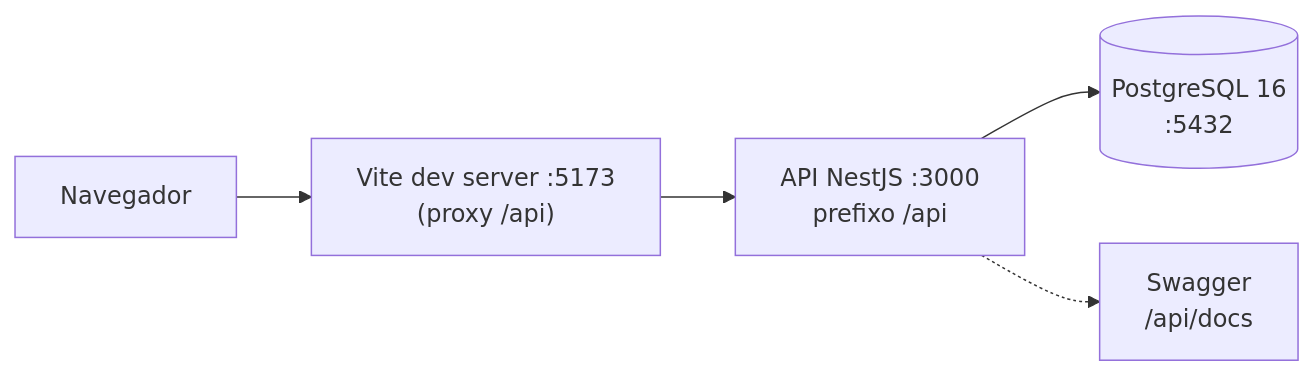
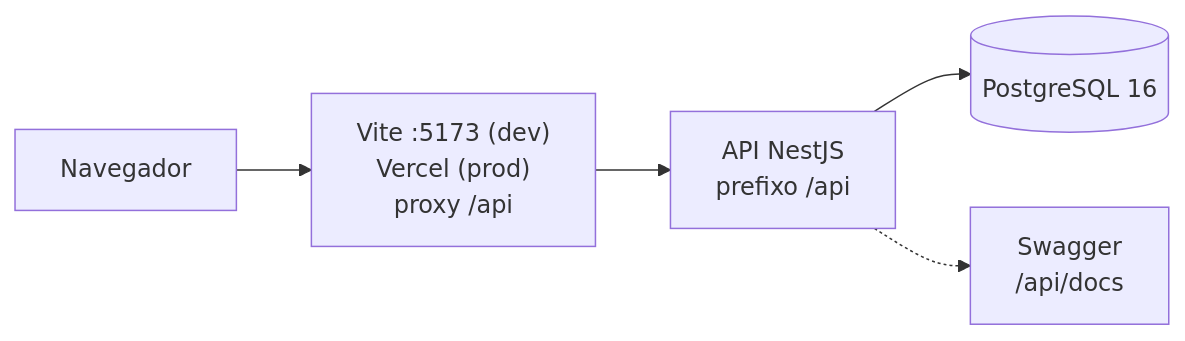
Before and after one commit to Dudu-Brancalhao/AgroHub: the diagram in README.md, drawn with Mermaid. The commit also changed other lines of this file and 7 other files, not shown here.

````diff
--- a/README.md
+++ b/README.md
@@ -78,7 +64,7 @@
 ```mermaid
 flowchart LR
-    B["Navegador"] --> V["Vite dev server :5173<br/>(proxy /api)"]
-    V --> A["API NestJS :3000<br/>prefixo /api"]
-    A --> D[("PostgreSQL 16<br/>:5432")]
+    B["Navegador"] --> V["Vite :5173 (dev)<br/>Vercel (prod)<br/>proxy /api"]
+    V --> A["API NestJS<br/>prefixo /api"]
+    A --> D[("PostgreSQL 16")]
     A -.-> S["Swagger<br/>/api/docs"]
 ```
````
